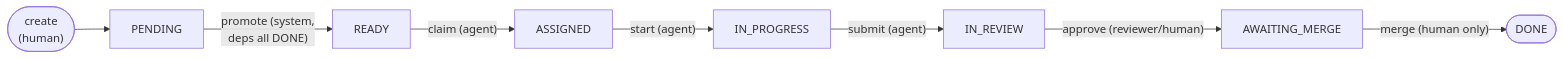
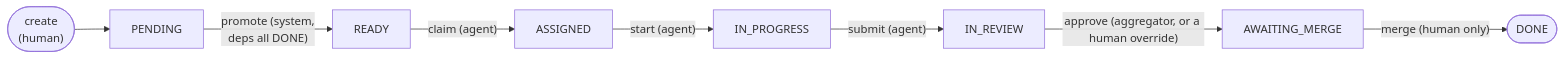
The first of 4 diagrams in docs/guide/02-life-of-a-task.md (bharathcmbox/axiom), drawn with Mermaid before and after one commit. The commit also changed other lines of this file and 18 other files, not shown here.

````diff
--- a/docs/guide/02-life-of-a-task.md
+++ b/docs/guide/02-life-of-a-task.md
@@ -9,10 +10,10 @@
 ```mermaid
 flowchart LR
     A(["create<br/>(human)"]) --> P[PENDING]
     P -->|"promote (system,<br/>deps all DONE)"| R[READY]
     R -->|"claim (agent)"| AS[ASSIGNED]
     AS -->|"start (agent)"| IP[IN_PROGRESS]
     IP -->|"submit (agent)"| IR[IN_REVIEW]
-    IR -->|"approve (reviewer/human)"| AM[AWAITING_MERGE]
+    IR -->|"approve (aggregator, or a human override)"| AM[AWAITING_MERGE]
     AM -->|"merge (human only)"| D([DONE])
 ```
````
